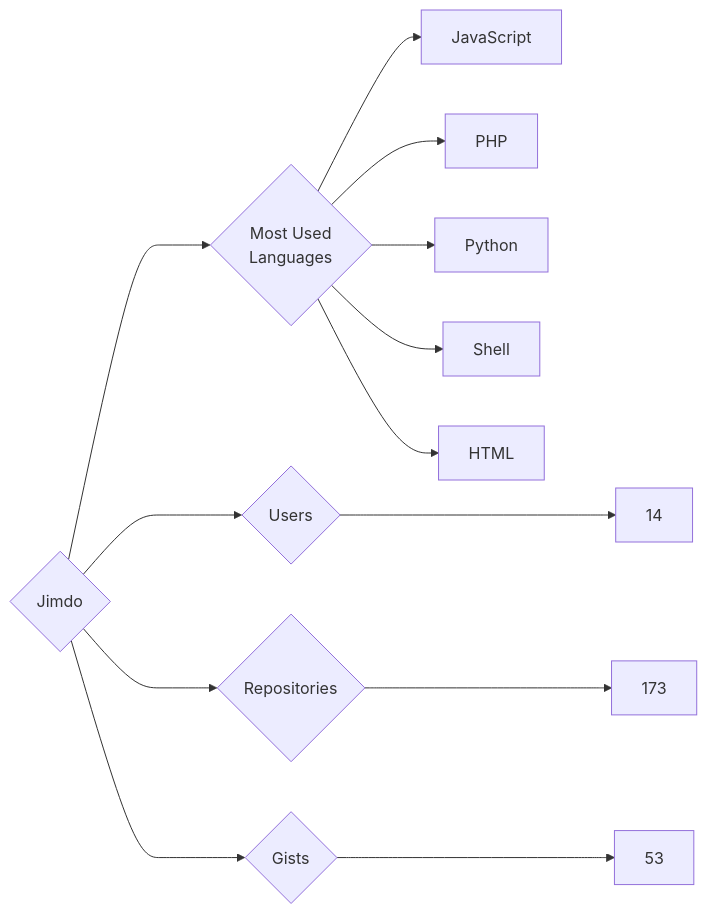
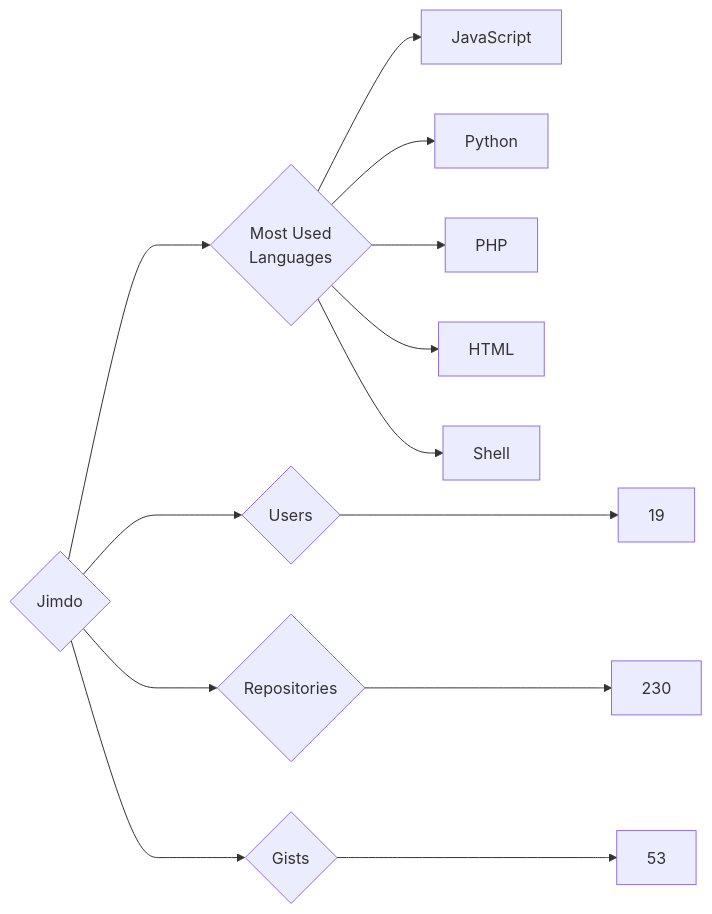
One commit to trickest/insiders changed the diagram in targets/Jimdo/README.md. Above: the diagram before and after it, drawn with Mermaid. The commit also changed 1238 other files, not shown here.

````diff
--- a/targets/Jimdo/README.md
+++ b/targets/Jimdo/README.md
@@ -3,13 +3,13 @@
 ```mermaid
 graph LR
 COMPANY_NAME{Jimdo}
-COMPANY_NAME ---> U{Users} ---> UN[14]
-COMPANY_NAME ---> R{Repositories} ---> RN[173]
+COMPANY_NAME ---> U{Users} ---> UN[19]
+COMPANY_NAME ---> R{Repositories} ---> RN[230]
 COMPANY_NAME ---> G{Gists} ---> GN[53]
 COMPANY_NAME ---> ML{Most Used<br>Languages}
 ML --> JavaScript[JavaScript]
+ML --> Python[Python]
 ML --> PHP[PHP]
-ML --> Python[Python]
+ML --> HTML[HTML]
 ML --> Shell[Shell]
-ML --> HTML[HTML]
 ```
````
